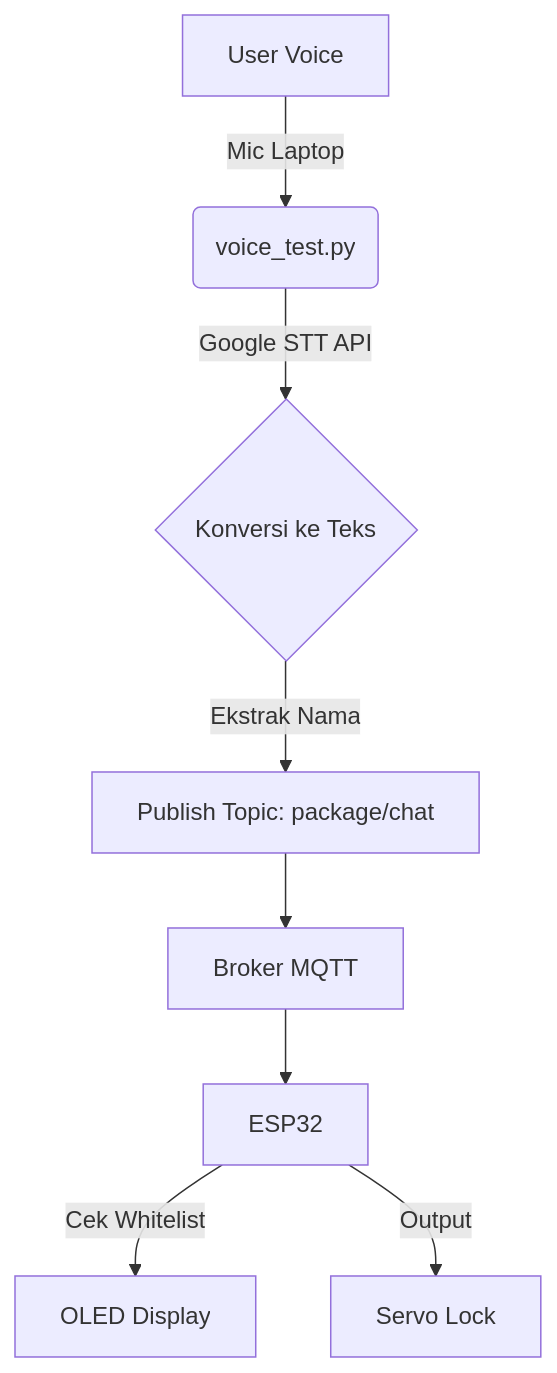
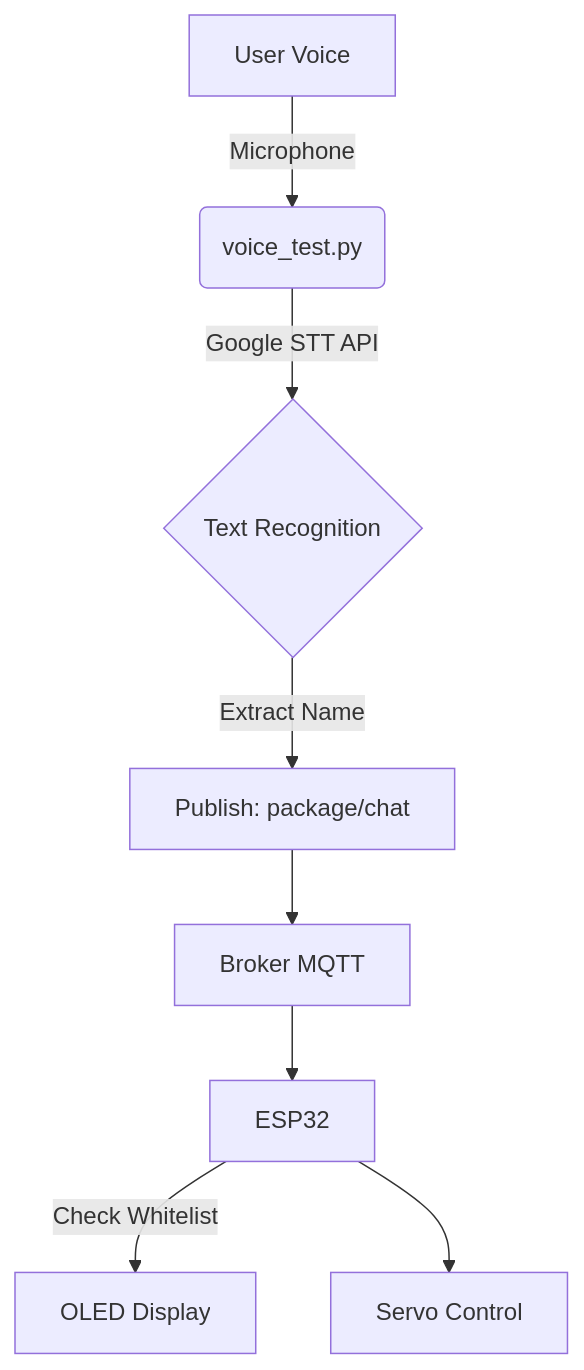
The second of 3 diagrams in test/README.md (ficrammanifur/SmartPackageBox), drawn with Mermaid before and after one commit. The commit also changed other lines of this file, not shown here.

````diff
--- a/test/README.md
+++ b/test/README.md
@@ -27,10 +75,10 @@
 ```mermaid
 graph TD
-    A[User Voice] -->|Mic Laptop| B(voice_test.py)
-    B -->|Google STT API| C{Konversi ke Teks}
-    C -->|Ekstrak Nama| D[Publish Topic: package/chat]
+    A[User Voice] -->|Microphone| B(voice_test.py)
+    B -->|Google STT API| C{Text Recognition}
+    C -->|Extract Name| D[Publish: package/chat]
     D --> E[Broker MQTT]
     E --> F[ESP32]
-    F -->|Cek Whitelist| G[OLED Display]
-    F -->|Output| H[Servo Lock]
+    F -->|Check Whitelist| G[OLED Display]
+    F --> H[Servo Control]
 ```
````
